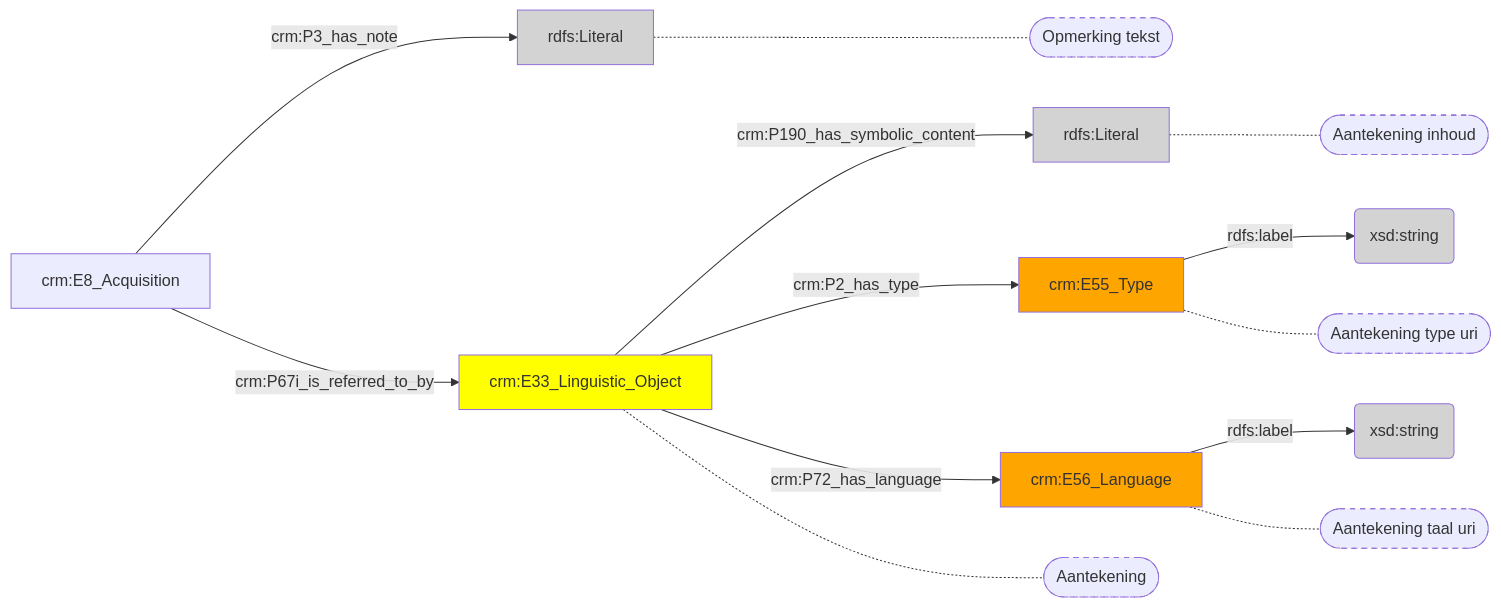
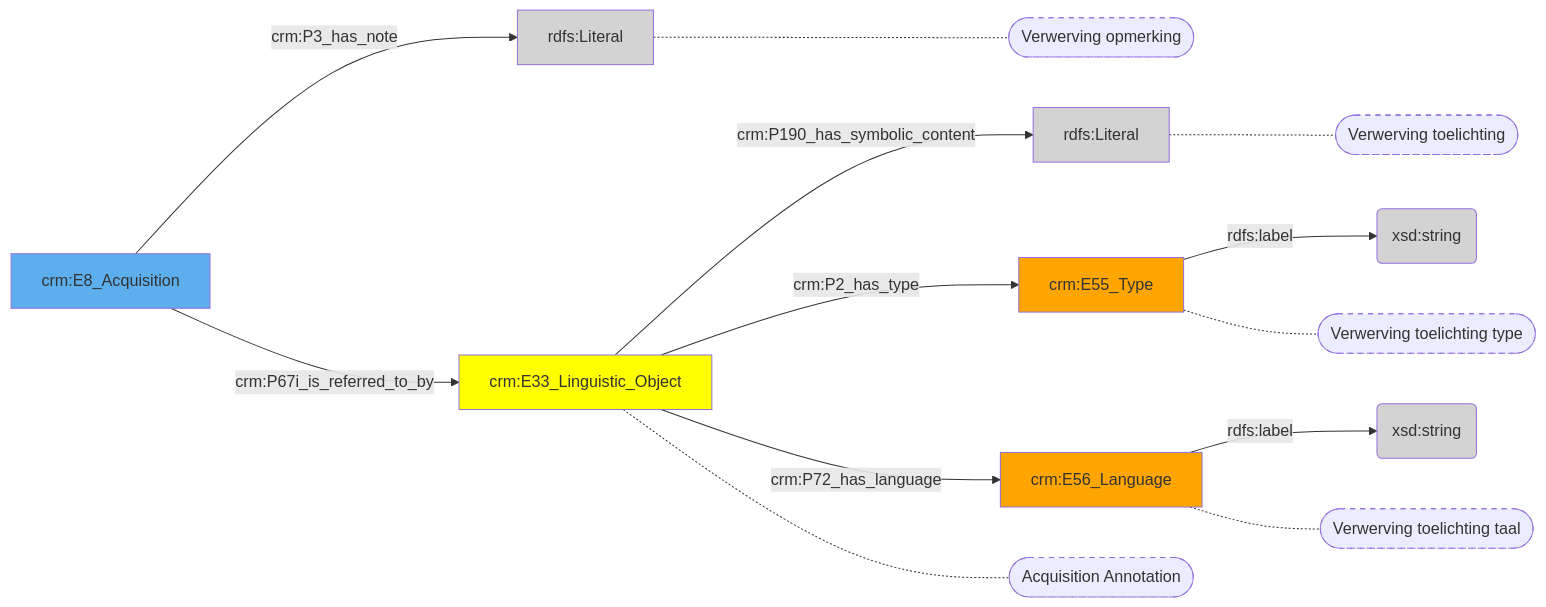
Before and after one commit to digipolisantwerpdocumentation/antwerp-cultureel-erfgoed: the diagram in docs/content/modellen/Acquisition/Aantekeningen.md, drawn with Mermaid. The commit also changed 173 other files, not shown here.

````diff
--- a/docs/content/modellen/Acquisition/Aantekeningen.md
+++ b/docs/content/modellen/Acquisition/Aantekeningen.md
@@ -1,27 +1,28 @@
 ```mermaid
 graph LR
 7b658ca8-d44e-11ed-9064-00163e71351b["crm:E8_Acquisition"]-->|"crm:P3_has_note"|122e596a-e991-11ed-9232-00163e71351b(rdfs:Literal)
 8b3dd634-ee3a-11ed-9232-00163e71351b["crm:E33_Linguistic_Object"]-->|"crm:P190_has_symbolic_content"|8b3ddc60-ee3a-11ed-9232-00163e71351b(rdfs:Literal)
 8b3dda12-ee3a-11ed-9232-00163e71351b["crm:E55_Type"]-->|"rdfs:label"|8b3dde5e-ee3a-11ed-9232-00163e71351b(xsd:string)
 8b3ddb52-ee3a-11ed-9232-00163e71351b["crm:E56_Language"]-->|"rdfs:label"|8b3ddd5a-ee3a-11ed-9232-00163e71351b(xsd:string)
 7b658ca8-d44e-11ed-9064-00163e71351b["crm:E8_Acquisition"]-->|"crm:P67i_is_referred_to_by"|8b3dd634-ee3a-11ed-9232-00163e71351b["crm:E33_Linguistic_Object"]
 8b3dd634-ee3a-11ed-9232-00163e71351b["crm:E33_Linguistic_Object"]-->|"crm:P2_has_type"|8b3dda12-ee3a-11ed-9232-00163e71351b["crm:E55_Type"]
 8b3dd634-ee3a-11ed-9232-00163e71351b["crm:E33_Linguistic_Object"]-->|"crm:P72_has_language"|8b3ddb52-ee3a-11ed-9232-00163e71351b["crm:E56_Language"]
+122e596a-e991-11ed-9232-00163e71351b["rdfs:Literal"]-.-122e596a-e991-11ed-9232-00163e71351b_s(["Verwerving opmerking"])
+8b3dd634-ee3a-11ed-9232-00163e71351b["crm:E33_Linguistic_Object"]-.-8b3dd634-ee3a-11ed-9232-00163e71351b_s(["Acquisition Annotation"])
+8b3ddc60-ee3a-11ed-9232-00163e71351b["rdfs:Literal"]-.-8b3ddc60-ee3a-11ed-9232-00163e71351b_s(["Verwerving toelichting"])
+8b3dda12-ee3a-11ed-9232-00163e71351b["crm:E55_Type"]-.-8b3dda12-ee3a-11ed-9232-00163e71351b_s(["Verwerving toelichting type"])
+8b3ddb52-ee3a-11ed-9232-00163e71351b["crm:E56_Language"]-.-8b3ddb52-ee3a-11ed-9232-00163e71351b_s(["Verwerving toelichting taal"])
 style 122e596a-e991-11ed-9232-00163e71351b_s stroke-dasharray: 5
 style 8b3dd634-ee3a-11ed-9232-00163e71351b_s stroke-dasharray: 5
 style 8b3ddc60-ee3a-11ed-9232-00163e71351b_s stroke-dasharray: 5
 style 8b3dda12-ee3a-11ed-9232-00163e71351b_s stroke-dasharray: 5
 style 8b3ddb52-ee3a-11ed-9232-00163e71351b_s stroke-dasharray: 5
-122e596a-e991-11ed-9232-00163e71351b["rdfs:Literal"]-.-122e596a-e991-11ed-9232-00163e71351b_s(["Opmerking tekst"])
-8b3dd634-ee3a-11ed-9232-00163e71351b["crm:E33_Linguistic_Object"]-.-8b3dd634-ee3a-11ed-9232-00163e71351b_s(["Aantekening"])
-8b3ddc60-ee3a-11ed-9232-00163e71351b["rdfs:Literal"]-.-8b3ddc60-ee3a-11ed-9232-00163e71351b_s(["Aantekening inhoud"])
-8b3dda12-ee3a-11ed-9232-00163e71351b["crm:E55_Type"]-.-8b3dda12-ee3a-11ed-9232-00163e71351b_s(["Aantekening type uri"])
-8b3ddb52-ee3a-11ed-9232-00163e71351b["crm:E56_Language"]-.-8b3ddb52-ee3a-11ed-9232-00163e71351b_s(["Aantekening taal uri"])
 style 122e596a-e991-11ed-9232-00163e71351b fill:#D3D3D3
+style 7b658ca8-d44e-11ed-9064-00163e71351b fill:#5DAEEC
 style 8b3dd634-ee3a-11ed-9232-00163e71351b fill:#ffff00
 style 8b3dda12-ee3a-11ed-9232-00163e71351b fill:#ffa500
 style 8b3ddb52-ee3a-11ed-9232-00163e71351b fill:#ffa500
 style 8b3ddc60-ee3a-11ed-9232-00163e71351b fill:#D3D3D3
 style 8b3ddd5a-ee3a-11ed-9232-00163e71351b fill:#D3D3D3
 style 8b3dde5e-ee3a-11ed-9232-00163e71351b fill:#D3D3D3
 ```
````
